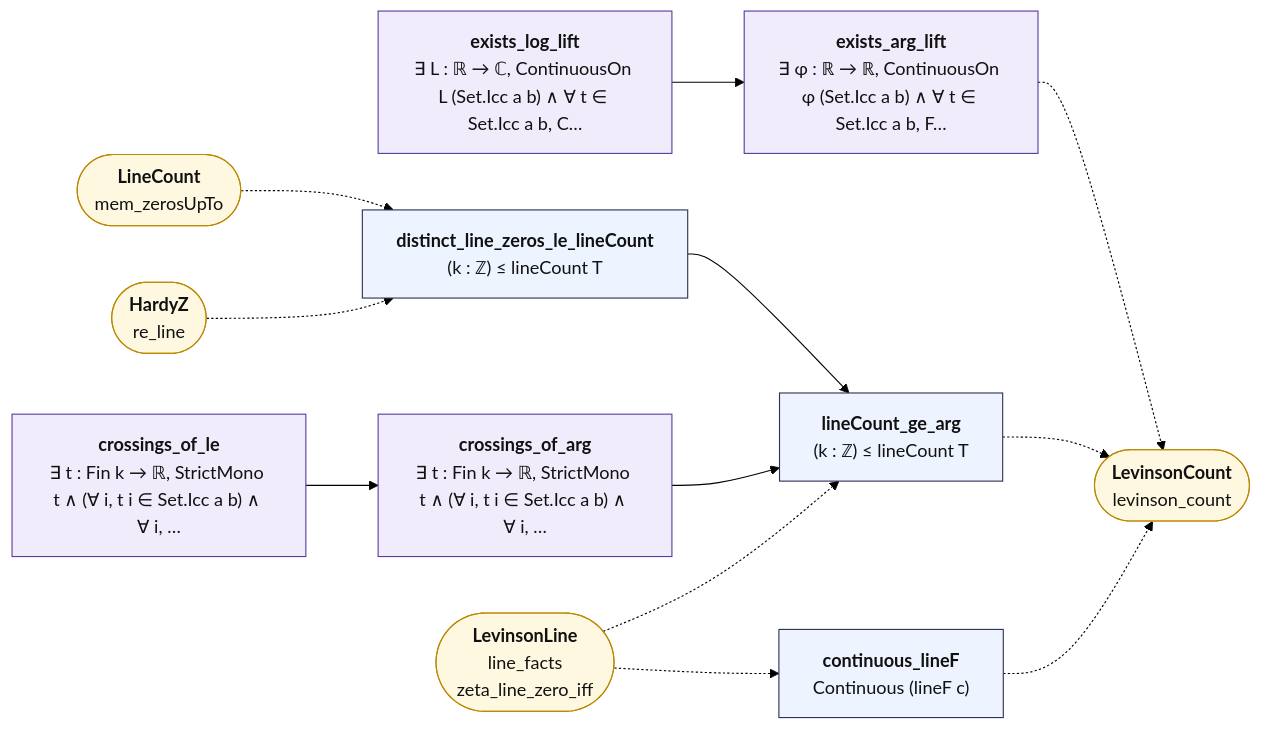
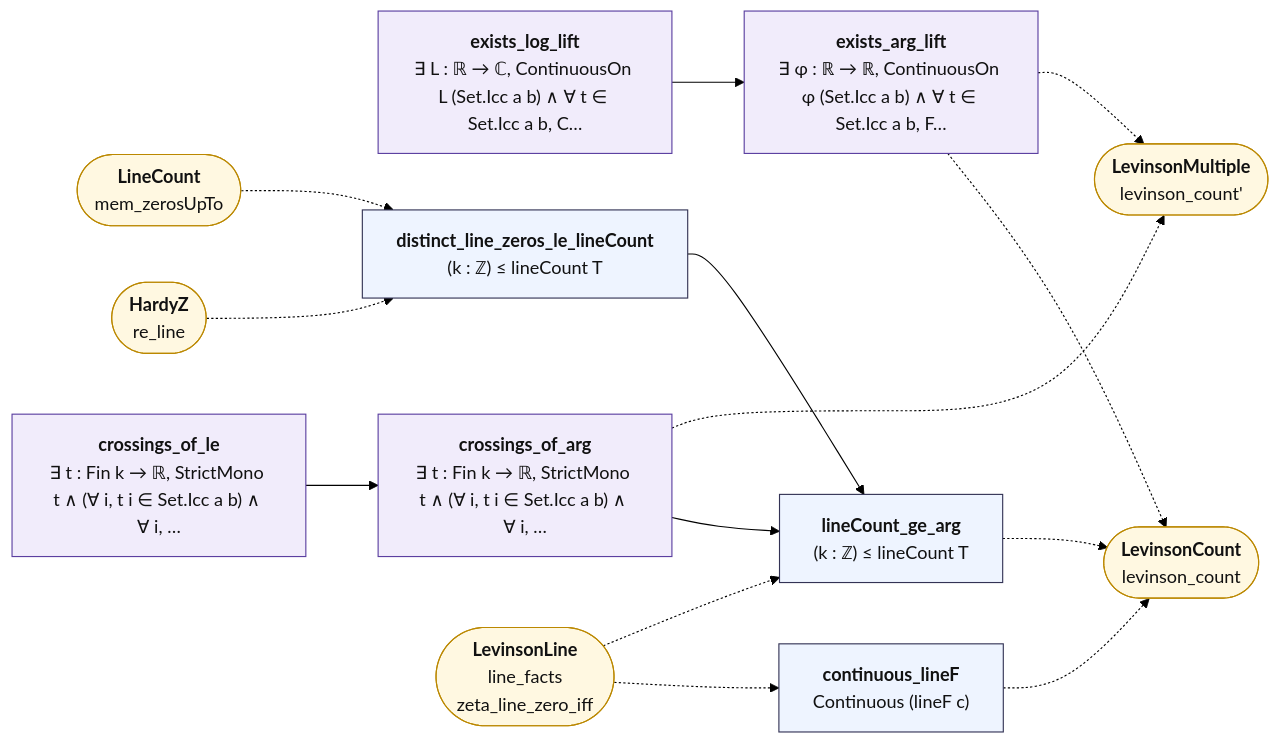
The diagram in map/lean_stage3/LevinsonArg.md (juliansambranojr/Primebeat_081426), drawn with Mermaid (forest theme) before and after one commit. The commit also changed other lines of this file and 39 other files, not shown here.

````diff
--- a/map/lean_stage3/LevinsonArg.md
+++ b/map/lean_stage3/LevinsonArg.md
@@ -14,33 +14,36 @@
 ```mermaid
 flowchart LR
   n0["<b>exists_log_lift</b><br/>∃ L : ℝ → ℂ, ContinuousOn L (Set.Icc a b) ∧ ∀ t ∈ Set.Icc a b, C…"]:::shp
   n1["<b>exists_arg_lift</b><br/>∃ φ : ℝ → ℝ, ContinuousOn φ (Set.Icc a b) ∧ ∀ t ∈ Set.Icc a b, F…"]:::shp
   n2["<b>crossings_of_le</b><br/>∃ t : Fin k → ℝ, StrictMono t ∧ (∀ i, t i ∈ Set.Icc a b) ∧ ∀ i, …"]:::shp
   n3["<b>crossings_of_arg</b><br/>∃ t : Fin k → ℝ, StrictMono t ∧ (∀ i, t i ∈ Set.Icc a b) ∧ ∀ i, …"]:::shp
   n4["<b>continuous_lineF</b><br/>Continuous (lineF c)"]:::thm
   n5["<b>distinct_line_zeros_le_lineCount</b><br/>(k : ℤ) ≤ lineCount T"]:::thm
   n6["<b>lineCount_ge_arg</b><br/>(k : ℤ) ≤ lineCount T"]:::thm
   x0(["<b>LevinsonCount</b><br/>levinson_count"]):::ext
-  x1(["<b>LevinsonLine</b><br/>line_facts<br/>zeta_line_zero_iff"]):::ext
-  x2(["<b>HardyZ</b><br/>re_line"]):::ext
-  x3(["<b>LineCount</b><br/>mem_zerosUpTo"]):::ext
+  x1(["<b>LevinsonMultiple</b><br/>levinson_count'"]):::ext
+  x2(["<b>LevinsonLine</b><br/>line_facts<br/>zeta_line_zero_iff"]):::ext
+  x3(["<b>HardyZ</b><br/>re_line"]):::ext
+  x4(["<b>LineCount</b><br/>mem_zerosUpTo"]):::ext
   n0 --> n1
   n2 --> n3
   n3 --> n6
   n5 --> n6
   n1 -.-> x0
+  n1 -.-> x1
+  n3 -.-> x1
   n4 -.-> x0
   n6 -.-> x0
-  x1 -.-> n4
-  x1 -.-> n6
-  x2 -.-> n5
+  x2 -.-> n4
+  x2 -.-> n6
   x3 -.-> n5
+  x4 -.-> n5
   classDef cnt fill:#dff5ec,stroke:#17694a,color:#111
   classDef shp fill:#f1ecfb,stroke:#5b3fa0,color:#111
   classDef rh fill:#ffe5e5,stroke:#c22,color:#111,stroke-width:2px
   classDef thm fill:#eef4ff,stroke:#335,color:#111
   classDef end_ fill:#e7f7e7,stroke:#2a7,color:#111,stroke-width:2px
   classDef lone fill:#fff,stroke:#999,color:#111,stroke-dasharray:4 3
   classDef bad fill:#ffe5e5,stroke:#c22,color:#111,stroke-width:2px
   classDef ext fill:#fff8e1,stroke:#b80,color:#111
 ```
````
